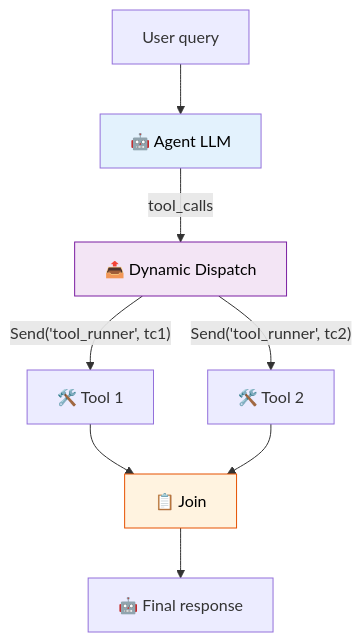
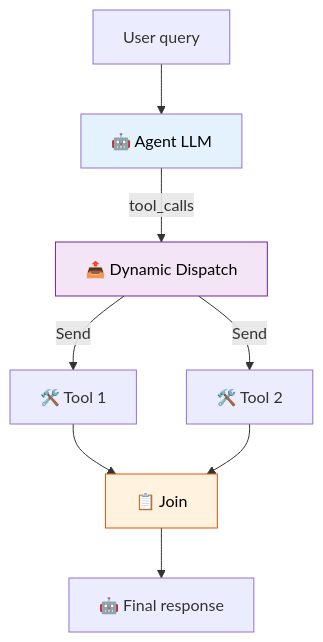
One commit to remolaan/Agentic-AI-Cookbook changed the diagram in 41_dynamic_tool_swarm_project/README.md. Above: the diagram before and after it, drawn with Mermaid. The commit also changed other lines of this file and 30 other files, not shown here.

````diff
--- a/41_dynamic_tool_swarm_project/README.md
+++ b/41_dynamic_tool_swarm_project/README.md
@@ -5,13 +5,13 @@
 ```mermaid
 flowchart TD
     Q["User query"] --> A["🤖 Agent LLM"]
     A -->|"tool_calls"| D["📤 Dynamic Dispatch"]
-    D -->|"Send('tool_runner', tc1)"| T1["🛠️ Tool 1"]
-    D -->|"Send('tool_runner', tc2)"| T2["🛠️ Tool 2"]
+    D -->|"Send"| T1["🛠️ Tool 1"]
+    D -->|"Send"| T2["🛠️ Tool 2"]
     T1 --> J["📋 Join"]
     T2 --> J
     J --> F["🤖 Final response"]
     style A fill:#e3f2fd,color:#000000
     style D fill:#f3e5f5,stroke:#7b1fa2,color:#000000
     style J fill:#fff3e0,stroke:#e65100,color:#000000
 ```
````
